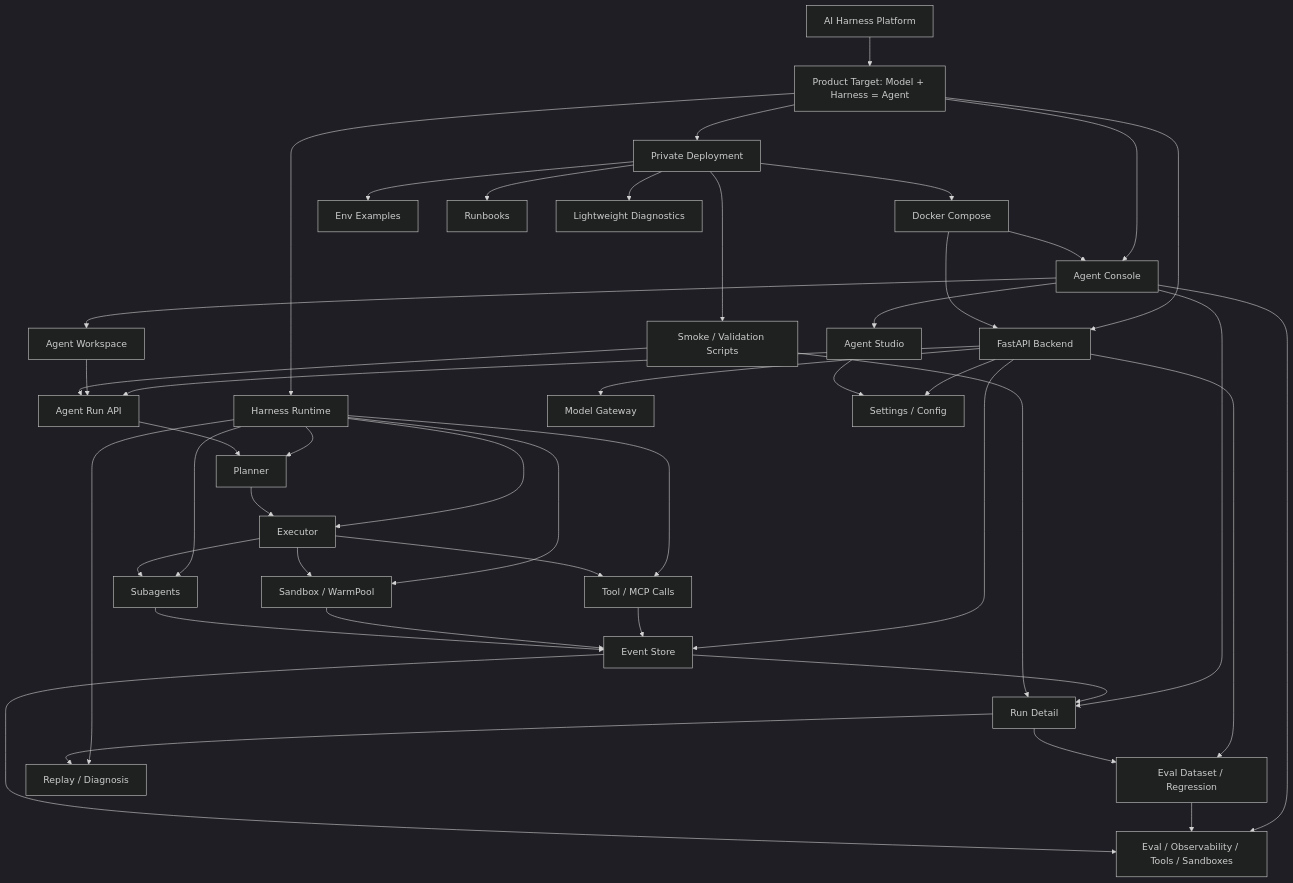
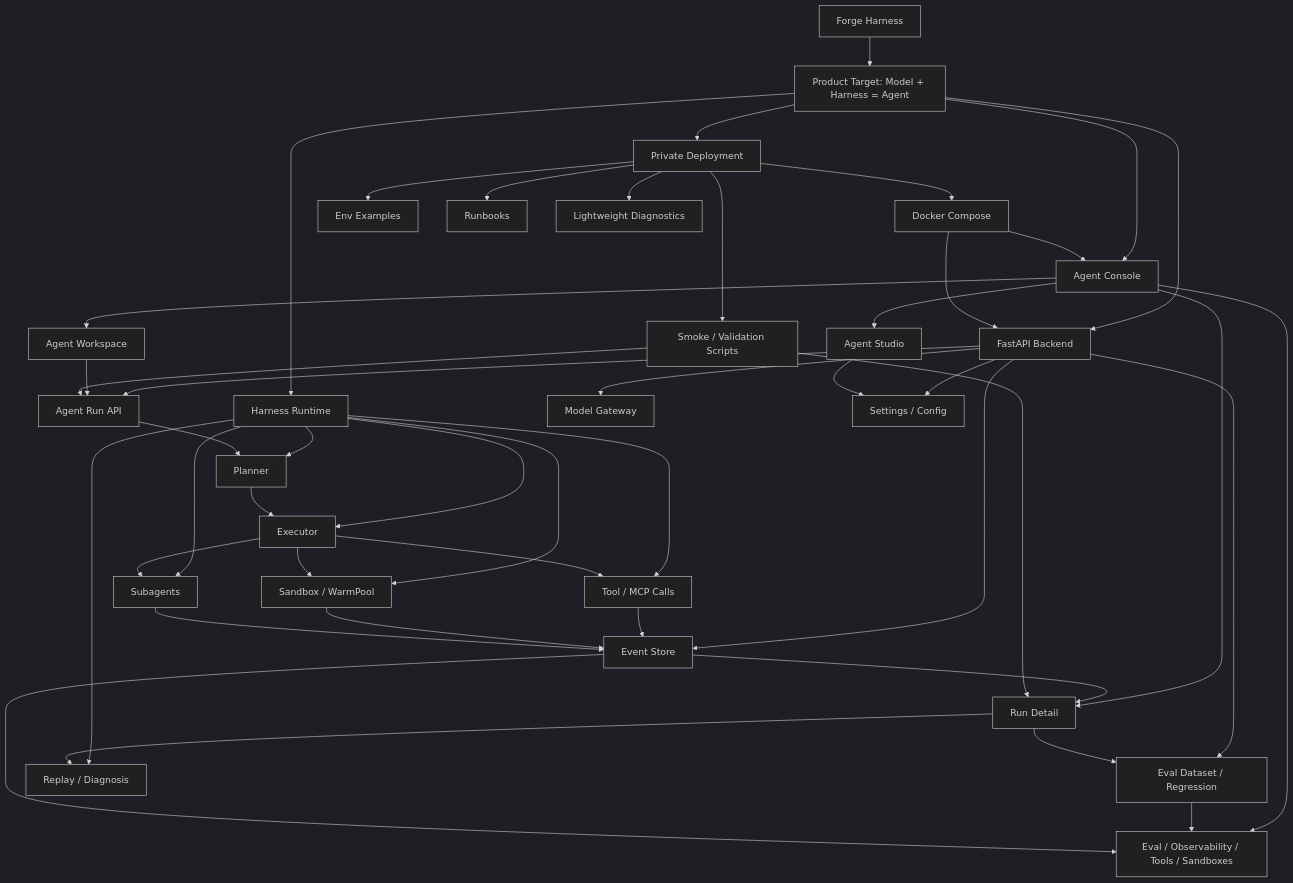
Before and after one commit to luohao0308/harness: the first of 3 diagrams in docs/architecture/system-architecture-spec.md, drawn with Mermaid (dark theme). The commit also changed other lines of this file and 83 other files, not shown here.

Commit message:
chore(brand): rename product to Forge Harness

````diff
--- a/docs/architecture/system-architecture-spec.md
+++ b/docs/architecture/system-architecture-spec.md
@@ -32,54 +32,54 @@
 ```mermaid
 flowchart TD
-  A["AI Harness Platform"] --> B["Product Target: Model + Harness = Agent"]
+  A["Forge Harness"] --> B["Product Target: Model + Harness = Agent"]
 
   B --> C["Agent Console"]
   B --> D["FastAPI Backend"]
   B --> E["Harness Runtime"]
   B --> F["Private Deployment"]
 
   C --> C1["Agent Workspace"]
   C --> C2["Agent Studio"]
   C --> C3["Run Detail"]
   C --> C4["Eval / Observability / Tools / Sandboxes"]
 
   D --> D1["Agent Run API"]
   D --> D2["Model Gateway"]
   D --> D3["Event Store"]
   D --> D4["Eval Dataset / Regression"]
   D --> D5["Settings / Config"]
 
   E --> E1["Planner"]
   E --> E2["Executor"]
   E --> E3["Tool / MCP Calls"]
   E --> E4["Sandbox / WarmPool"]
   E --> E5["Subagents"]
   E --> E6["Replay / Diagnosis"]
 
   F --> F1["Docker Compose"]
   F --> F2["Env Examples"]
   F --> F3["Runbooks"]
   F --> F4["Smoke / Validation Scripts"]
   F --> F5["Lightweight Diagnostics"]
 
   C1 --> D1
   C2 --> D5
   D1 --> E1
   E1 --> E2
   E2 --> E3
   E2 --> E4
   E2 --> E5
   E3 --> D3
   E4 --> D3
   E5 --> D3
   D3 --> C3
   C3 --> E6
   C3 --> D4
   D4 --> C4
   D3 --> C4
 
   F1 --> D
   F1 --> C
   F4 --> D1
   F4 --> C3
 ```
````
